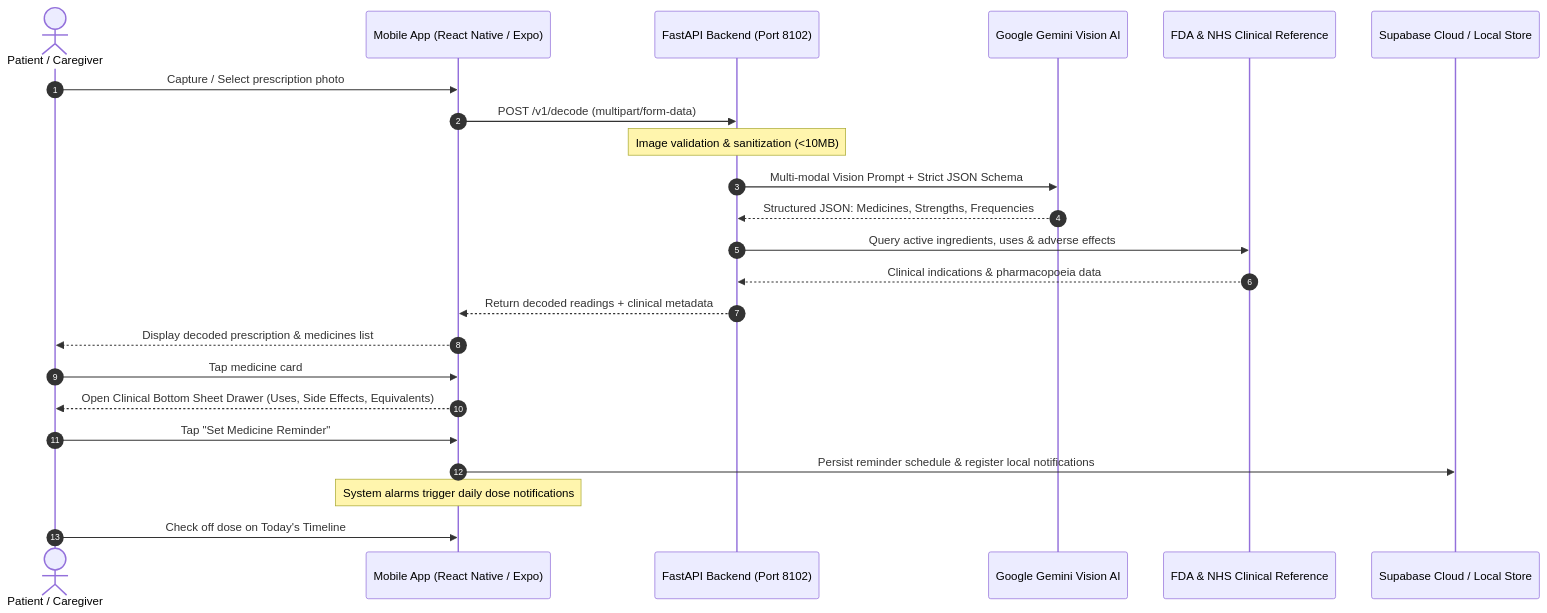
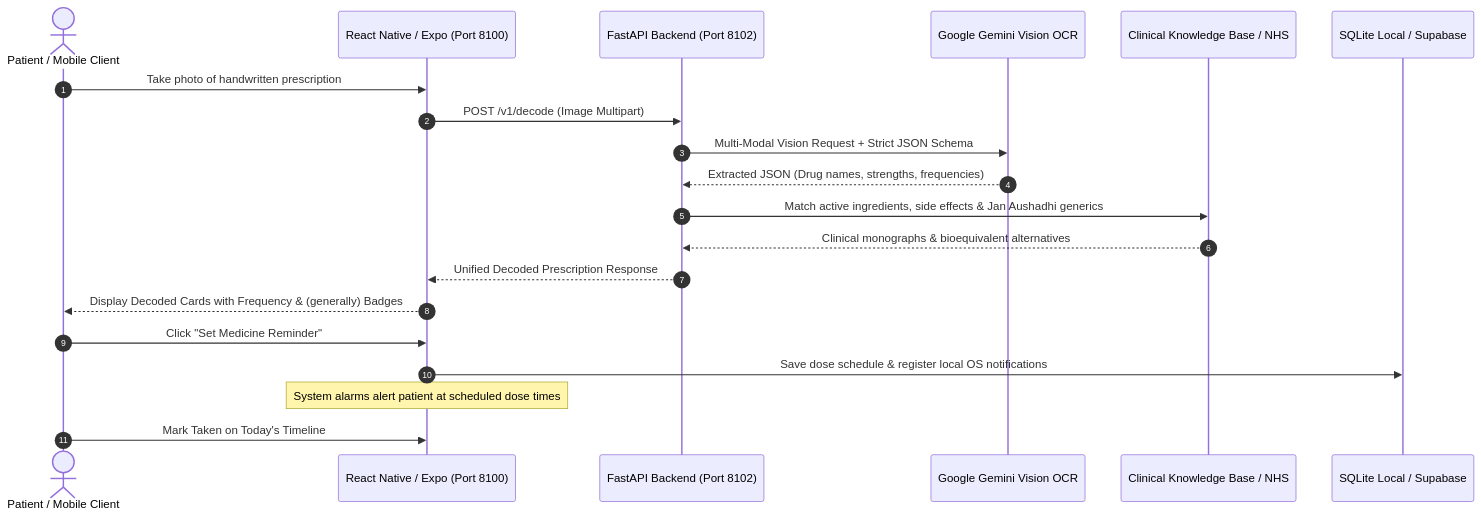
The second of 2 diagrams in README.md (amansingh2009/mediapp), drawn with Mermaid before and after one commit. The commit also changed other lines of this file and 16 other files, not shown here.

````diff
--- a/README.md
+++ b/README.md
@@ -57,26 +95,23 @@
 ```mermaid
 sequenceDiagram
     autonumber
-    actor User as Patient / Caregiver
-    participant App as Mobile App (React Native / Expo)
+    actor User as Patient / Mobile Client
+    participant App as React Native / Expo (Port 8100)
     participant API as FastAPI Backend (Port 8102)
-    participant Gemini as Google Gemini Vision AI
-    participant Ref as FDA & NHS Clinical Reference
-    participant DB as Supabase Cloud / Local Store
+    participant AI as Google Gemini Vision OCR
+    participant Ref as Clinical Knowledge Base / NHS
+    participant DB as SQLite Local / Supabase
 
-    User->>App: Capture / Select prescription photo
-    App->>API: POST /v1/decode (multipart/form-data)
-    Note over API: Image validation & sanitization (<10MB)
-    API->>Gemini: Multi-modal Vision Prompt + Strict JSON Schema
-    Gemini-->>API: Structured JSON: Medicines, Strengths, Frequencies
-    API->>Ref: Query active ingredients, uses & adverse effects
-    Ref-->>API: Clinical indications & pharmacopoeia data
-    API-->>App: Return decoded readings + clinical metadata
-    App-->>User: Display decoded prescription & medicines list
-    User->>App: Tap medicine card
-    App-->>User: Open Clinical Bottom Sheet Drawer (Uses, Side Effects, Equivalents)
-    User->>App: Tap "Set Medicine Reminder"
-    App->>DB: Persist reminder schedule & register local notifications
-    Note over App: System alarms trigger daily dose notifications
-    User->>App: Check off dose on Today's Timeline
+    User->>App: Take photo of handwritten prescription
+    App->>API: POST /v1/decode (Image Multipart)
+    API->>AI: Multi-Modal Vision Request + Strict JSON Schema
+    AI-->>API: Extracted JSON (Drug names, strengths, frequencies)
+    API->>Ref: Match active ingredients, side effects & Jan Aushadhi generics
+    Ref-->>API: Clinical monographs & bioequivalent alternatives
+    API-->>App: Unified Decoded Prescription Response
+    App-->>User: Display Decoded Cards with Frequency & (generally) Badges
+    User->>App: Click "Set Medicine Reminder"
+    App->>DB: Save dose schedule & register local OS notifications
+    Note over App: System alarms alert patient at scheduled dose times
+    User->>App: Mark Taken on Today's Timeline
 ```
````
